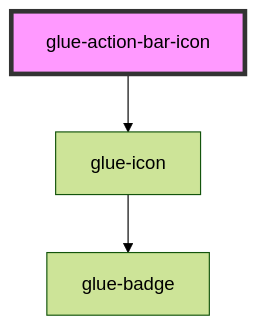
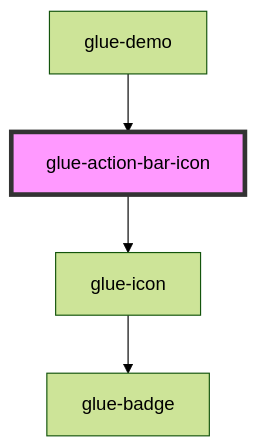
Before and after one commit to grasilife/glue: the diagram in packages/glue-components/src/components/glue-action-bar-icon/readme.md, drawn with Mermaid (forest theme). The commit also changed other lines of this file and 5 other files, not shown here.

Commit message:
添加ActionBar 动作栏 demo

````diff
--- a/packages/glue-components/src/components/glue-action-bar-icon/readme.md
+++ b/packages/glue-components/src/components/glue-action-bar-icon/readme.md
@@ -34,6 +38,7 @@
 ```mermaid
 graph TD;
   glue-action-bar-icon --> glue-icon
   glue-icon --> glue-badge
+  glue-demo --> glue-action-bar-icon
   style glue-action-bar-icon fill:#f9f,stroke:#333,stroke-width:4px
 ```
````
